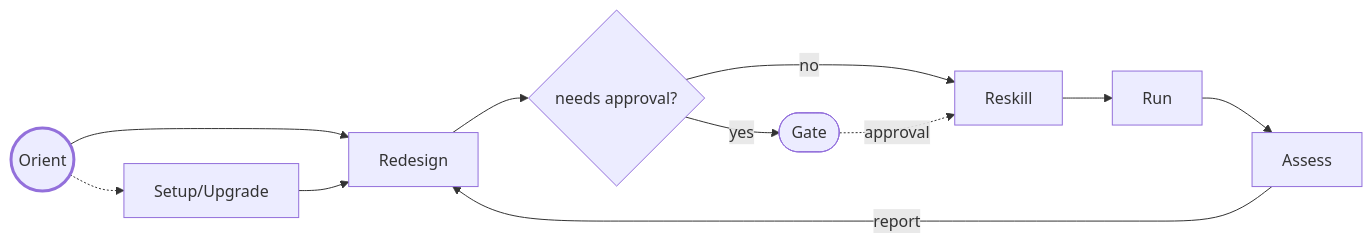
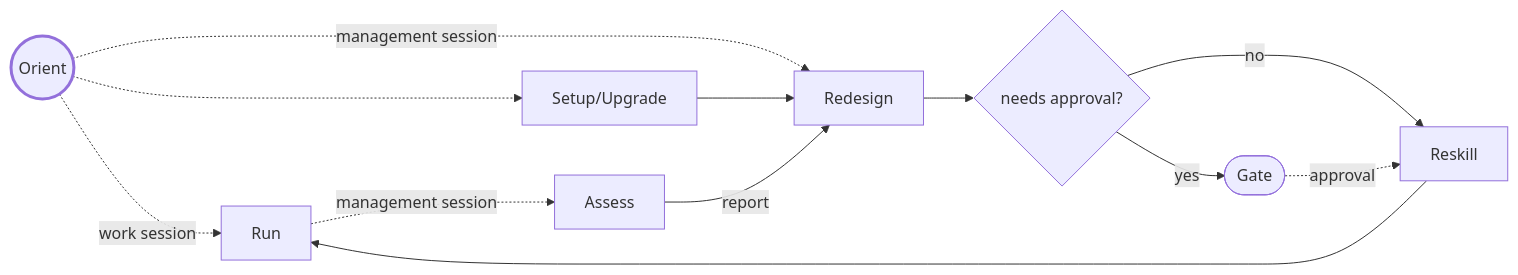
Before and after one commit to stainsby/zoe-kernel: the diagram in README.md, drawn with Mermaid. The commit also changed other lines of this file, not shown here.

Commit message:
README: setup writes .zoe/ and the enterprise file; assess and redesign belong to a management session

````diff
--- a/README.md
+++ b/README.md
@@ -58,15 +62,16 @@
 ```mermaid
 flowchart LR
-    O((Orient)) --> R[Redesign]
+    O((Orient)) -. work session .-> N[Run]
+    O -. management session .-> R[Redesign]
     O -.-> SU[Setup/Upgrade]
     SU --> R
     R --> G{needs approval?}
     G -- no --> S[Reskill]
     G -- yes --> W([Gate])
     W -. approval .-> S
-    S --> N[Run]
-    N --> A[Assess]
+    S --> N
+    N -. management session .-> A[Assess]
     A -- report --> R
     classDef entry stroke-width:3px
     class O entry
 ```
````
